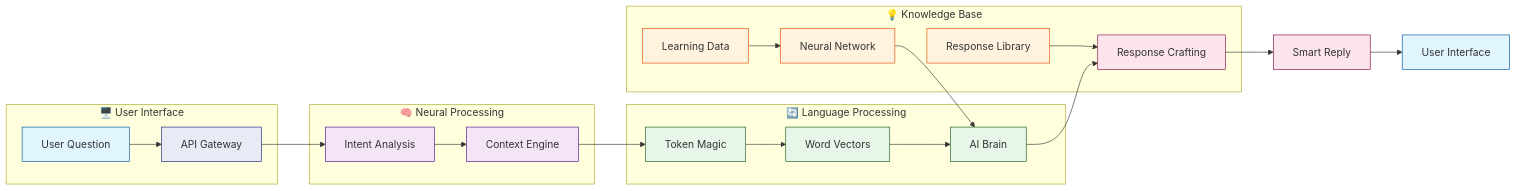
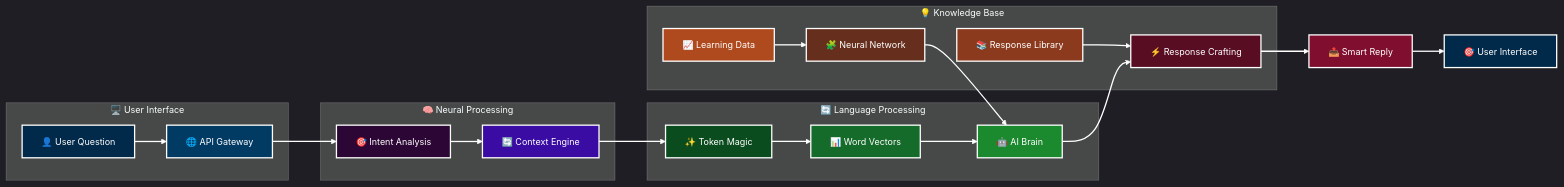
The first of 2 diagrams in README.md (jaydoshi2/Sem4_FSD_Group_Project), drawn with Mermaid before and after one commit.

````diff
--- a/README.md
+++ b/README.md
@@ -32,41 +33,53 @@
 ```mermaid
+%%{init: {
+    'theme': 'dark',
+    'themeVariables': {
+        'fontFamily': 'arial',
+        'fontSize': '14px',
+        'textColor': '#ffffff',
+        'lineColor': '#ffffff'
+    }
+}}%%
 graph LR
     subgraph "🖥️ User Interface"
-        A[User Question] --> B[API Gateway]
-        style A fill:#e1f5fe,stroke:#01579b
-        style B fill:#e8eaf6,stroke:#1a237e
+        A["👤 User Question"] --> B["🌐 API Gateway"]
+        style A fill:#012a4a,stroke:#ffffff,color:#ffffff,stroke-width:2px
+        style B fill:#013a63,stroke:#ffffff,color:#ffffff,stroke-width:2px
     end
-
+    
     subgraph "🧠 Neural Processing"
-        B --> C[Intent Analysis]
-        C --> D[Context Engine]
-        style C fill:#f3e5f5,stroke:#4a148c
-        style D fill:#f3e5f5,stroke:#4a148c
+        B --> C["🎯 Intent Analysis"]
+        C --> D["🔄 Context Engine"]
+        style C fill:#2c0735,stroke:#ffffff,color:#ffffff,stroke-width:2px
+        style D fill:#3a0ca3,stroke:#ffffff,color:#ffffff,stroke-width:2px
     end
-
+    
     subgraph "🔄 Language Processing"
-        D --> E[Token Magic]
-        E --> F[Word Vectors]
-        F --> G[AI Brain]
-        style E fill:#e8f5e9,stroke:#1b5e20
-        style F fill:#e8f5e9,stroke:#1b5e20
-        style G fill:#e8f5e9,stroke:#1b5e20
+        D --> E["✨ Token Magic"]
+        E --> F["📊 Word Vectors"]
+        F --> G["🤖 AI Brain"]
+        style E fill:#0a4c1d,stroke:#ffffff,color:#ffffff,stroke-width:2px
+        style F fill:#156b2a,stroke:#ffffff,color:#ffffff,stroke-width:2px
+        style G fill:#1b892e,stroke:#ffffff,color:#ffffff,stroke-width:2px
     end
-
+    
     subgraph "💡 Knowledge Base"
-        H[Neural Network] --> G
-        I[Response Library] --> J
-        K[Learning Data] --> H
-        style H fill:#fff3e0,stroke:#e65100
-        style I fill:#fff3e0,stroke:#e65100
-        style K fill:#fff3e0,stroke:#e65100
+        H["🧩 Neural Network"] --> G
+        I["📚 Response Library"] --> J
+        K["📈 Learning Data"] --> H
+        style H fill:#662e1c,stroke:#ffffff,color:#ffffff,stroke-width:2px
+        style I fill:#8b3a1d,stroke:#ffffff,color:#ffffff,stroke-width:2px
+        style K fill:#ae4a1e,stroke:#ffffff,color:#ffffff,stroke-width:2px
     end
-
-    G --> J[Response Crafting]
-    J --> L[Smart Reply]
-    L --> M[User Interface]
     
-    style J fill:#fce4ec,stroke:#880e4f
-    style L fill:#fce4ec,stroke:#880e4f
-    style M fill:#e1f5fe,stroke:#01579b
+    G --> J["⚡ Response Crafting"]
+    J --> L["📤 Smart Reply"]
+    L --> M["🎯 User Interface"]
+    
+    style J fill:#590d22,stroke:#ffffff,color:#ffffff,stroke-width:2px
+    style L fill:#800f2f,stroke:#ffffff,color:#ffffff,stroke-width:2px
+    style M fill:#012a4a,stroke:#ffffff,color:#ffffff,stroke-width:2px
+    
+    %% Set all connection lines to white
+    linkStyle default stroke:#ffffff,stroke-width:2px
 ```
````
